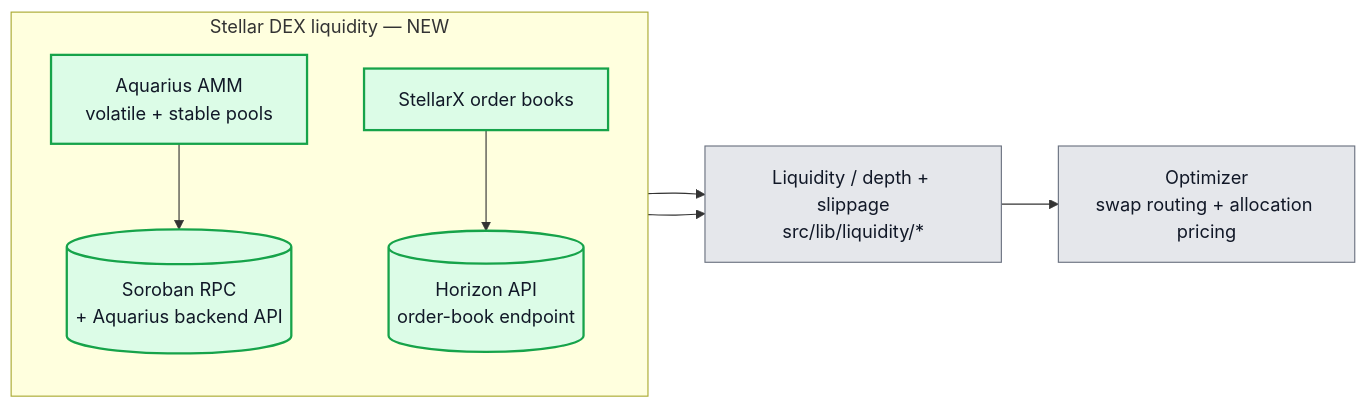
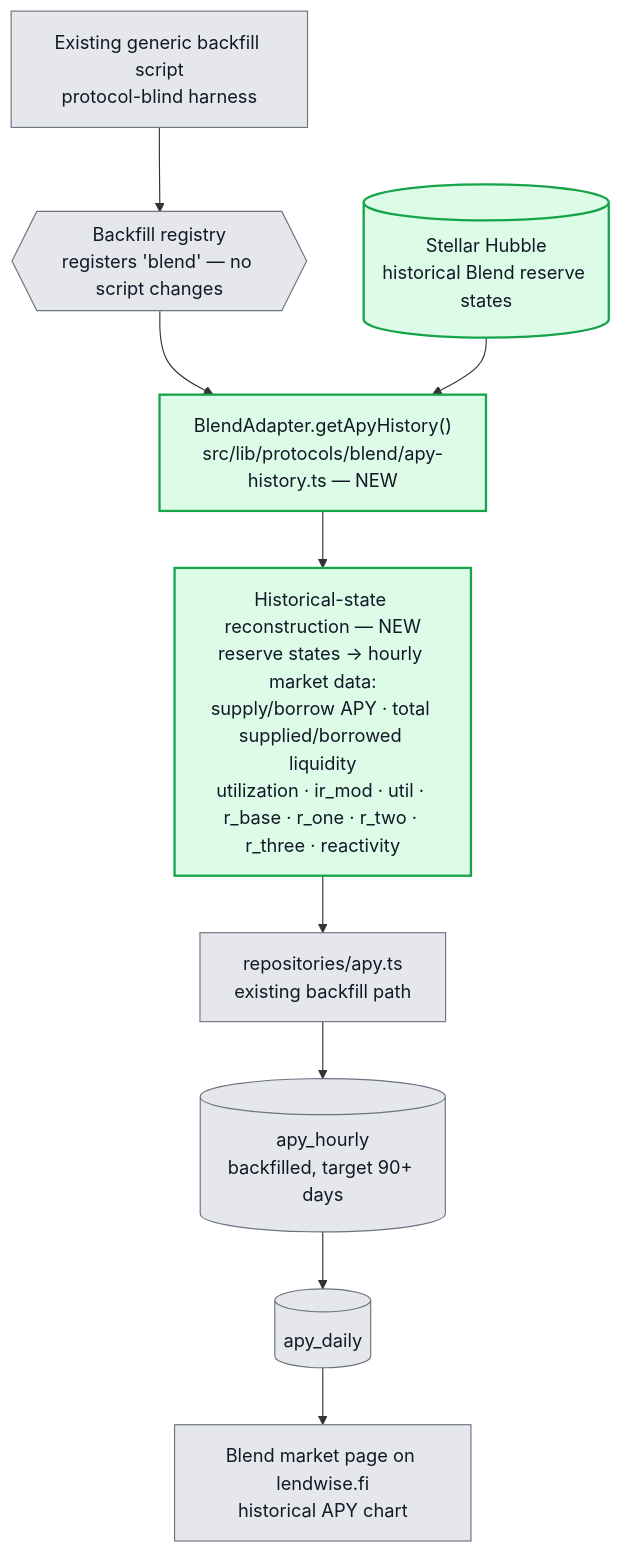
Before and after one commit to cedricmagne/lendwise: the second of 6 diagrams in docs/architecture-stellar-integration.md, drawn with Mermaid. The commit also changed other lines of this file and 1 other file, not shown here.

Commit message:
chore: update architecture stellar & bland diagram

````diff
--- a/docs/architecture-stellar-integration.md
+++ b/docs/architecture-stellar-integration.md
@@ -103,21 +110,19 @@
 ```mermaid
-flowchart LR
-    subgraph DEX["Stellar DEX liquidity — NEW"]
-        direction TB
-        Aquarius["Aquarius AMM<br/>volatile + stable pools"]
-        AquariusSrc[("Soroban RPC<br/>+ Aquarius backend API")]
-        StellarX["StellarX order books"]
-        Horizon[("Horizon API<br/>order-book endpoint")]
-        Aquarius --> AquariusSrc
-        StellarX --> Horizon
-    end
+flowchart TD
+    BackfillCron["Existing generic backfill script<br/>protocol-blind harness"] --> Registry2{{"Backfill registry<br/>registers 'blend' — no script changes"}}
+    Registry2 --> BlendHistory["BlendAdapter.getApyHistory()<br/>src/lib/protocols/blend/apy-history.ts — NEW"]
 
-    AquariusSrc --> Quote["Liquidity / depth + slippage<br/>src/lib/liquidity/*"]
-    Horizon --> Quote
-    Quote --> Optimizer["Optimizer<br/>swap routing + allocation pricing"]
+    Hubble[("Stellar Hubble<br/>historical Blend reserve states")] --> BlendHistory
+    BlendHistory --> Reconstruct["Historical-state reconstruction — NEW<br/>reserve states → hourly market data:<br/>supply/borrow APY · total supplied/borrowed liquidity<br/>utilization · ir_mod · util · r_base · r_one · r_two · r_three · reactivity"]
+
+    Reconstruct --> ApyRepo2["repositories/apy.ts<br/>existing backfill path"]
+    ApyRepo2 --> Hourly2[("apy_hourly<br/>backfilled, target 90+ days")]
+    Hourly2 --> Daily2[("apy_daily")]
+    Daily2 --> Chart["Blend market page on lendwise.fi<br/>historical APY chart"]
 
     classDef core fill:#e5e7eb,stroke:#6b7280,color:#111827;
     classDef stellar fill:#dcfce7,stroke:#16a34a,color:#111827,stroke-width:2px;
-    class Quote,Optimizer core;
-    class Aquarius,AquariusSrc,StellarX,Horizon stellar;
+
+    class BackfillCron,Registry2,ApyRepo2,Hourly2,Daily2,Chart core;
+    class BlendHistory,Hubble,Reconstruct stellar;
 ```
````
